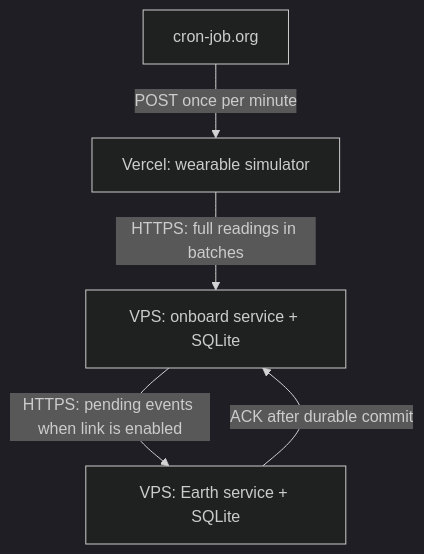
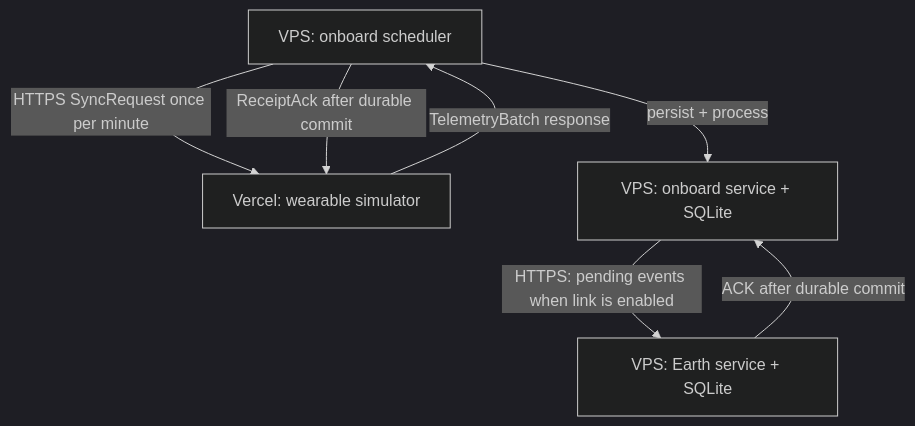
Before and after one commit to flaviozno/nasa-space-apps: the diagram in readme.md, drawn with Mermaid (dark theme). The commit also changed other lines of this file and 5 other files, not shown here.

````diff
--- a/readme.md
+++ b/readme.md
@@ -24,7 +23,9 @@
 ```mermaid
 flowchart TD
-    A["cron-job.org"] -->|"POST once per minute"| B["Vercel: wearable simulator"]
-    B -->|"HTTPS: full readings in batches"| C["VPS: onboard service + SQLite"]
+    A["VPS: onboard scheduler"] -->|"HTTPS SyncRequest once per minute"| B["Vercel: wearable simulator"]
+    B -->|"TelemetryBatch response"| A
+    A -->|"ReceiptAck after durable commit"| B
+    A -->|"persist + process"| C["VPS: onboard service + SQLite"]
     C -->|"HTTPS: pending events when link is enabled"| D["VPS: Earth service + SQLite"]
     D -->|"ACK after durable commit"| C
 ```
````
